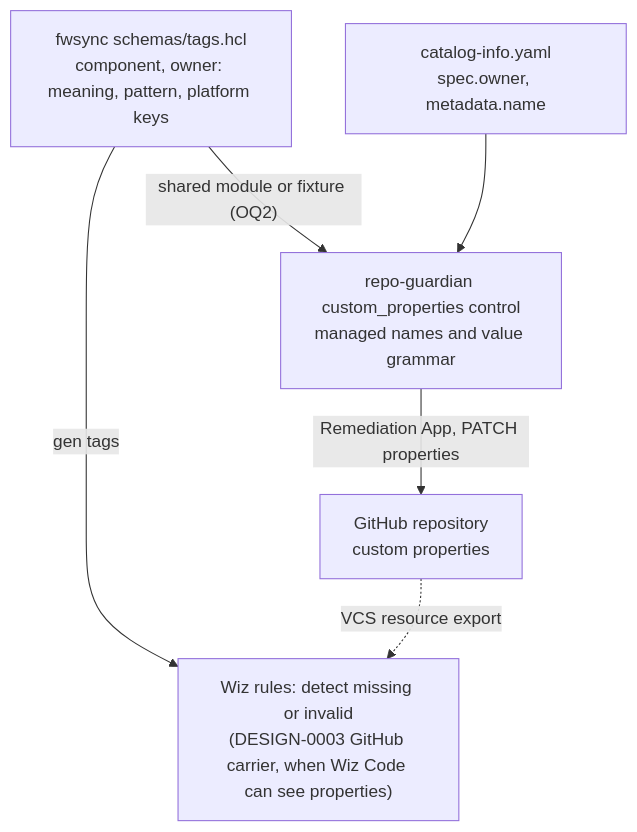
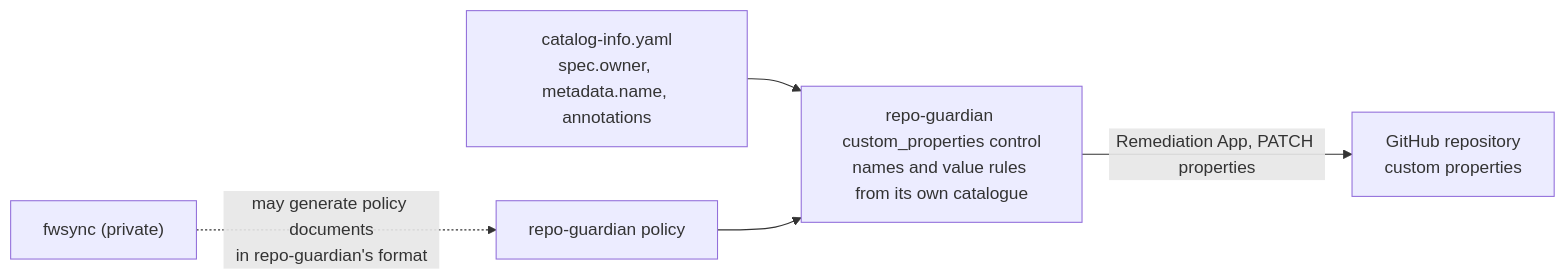
Before and after one commit to donaldgifford/repo-guardian: the second of 2 diagrams in docs/design/0033-fwsync-as-inspiration-shared-hcl-concepts-and-whether-to-reuse.md, drawn with Mermaid. The commit also changed other lines of this file and 7 other files, not shown here.

````diff
--- a/docs/design/0033-fwsync-as-inspiration-shared-hcl-concepts-and-whether-to-reuse.md
+++ b/docs/design/0033-fwsync-as-inspiration-shared-hcl-concepts-and-whether-to-reuse.md
@@ -166,9 +167,7 @@
 ```mermaid
-flowchart TD
-    TS["fwsync schemas/tags.hcl<br/>component, owner: meaning, pattern, platform keys"]
-    TS -- "gen tags" --> WR["Wiz rules: detect missing or invalid<br/>(DESIGN-0003 GitHub carrier, when Wiz Code can see properties)"]
-    TS -- "shared module or fixture (OQ2)" --> CP["repo-guardian custom_properties control<br/>managed names and value grammar"]
-    CI["catalog-info.yaml<br/>spec.owner, metadata.name"] --> CP
+flowchart LR
+    CI["catalog-info.yaml<br/>spec.owner, metadata.name, annotations"] --> CP["repo-guardian custom_properties control<br/>names and value rules from its own catalogue"]
     CP -- "Remediation App, PATCH properties" --> GHP["GitHub repository<br/>custom properties"]
-    GHP -. "VCS resource export" .-> WR
+    FW["fwsync (private)"] -. "may generate policy documents<br/>in repo-guardian's format" .-> POL["repo-guardian policy"]
+    POL --> CP
 ```
````
